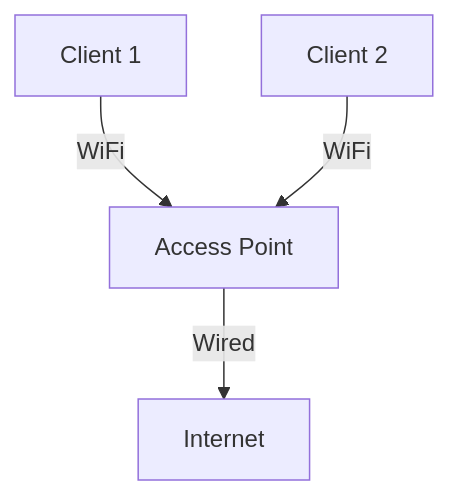
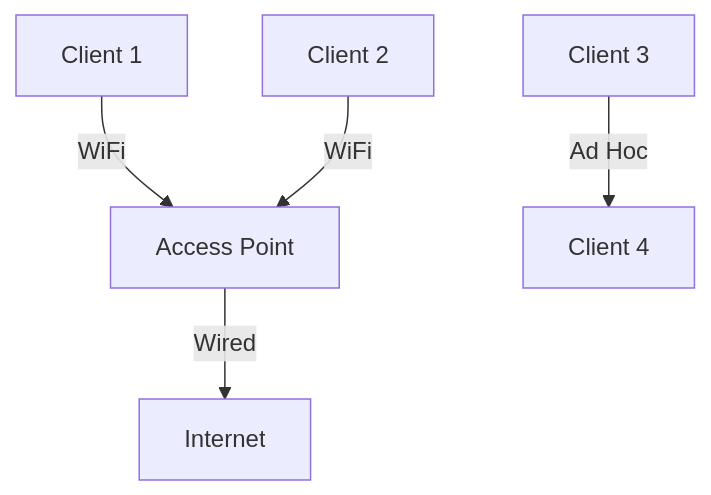
One commit to Attash2312/cntheory changed the first of 2 diagrams in ch7/7.3_WiFi_80211_LANs.md. Above: the diagram before and after it, drawn with Mermaid. The commit also changed other lines of this file and 79 other files, not shown here.

````diff
--- a/ch7/7.3_WiFi_80211_LANs.md
+++ b/ch7/7.3_WiFi_80211_LANs.md
@@ -28,6 +264,7 @@
 ```mermaid
 graph TD
   A[Client 1] -- WiFi --> B[Access Point]
   A2[Client 2] -- WiFi --> B
   B -- Wired --> C[Internet]
+  D[Client 3] -- Ad Hoc --> E[Client 4]
 ```
````
